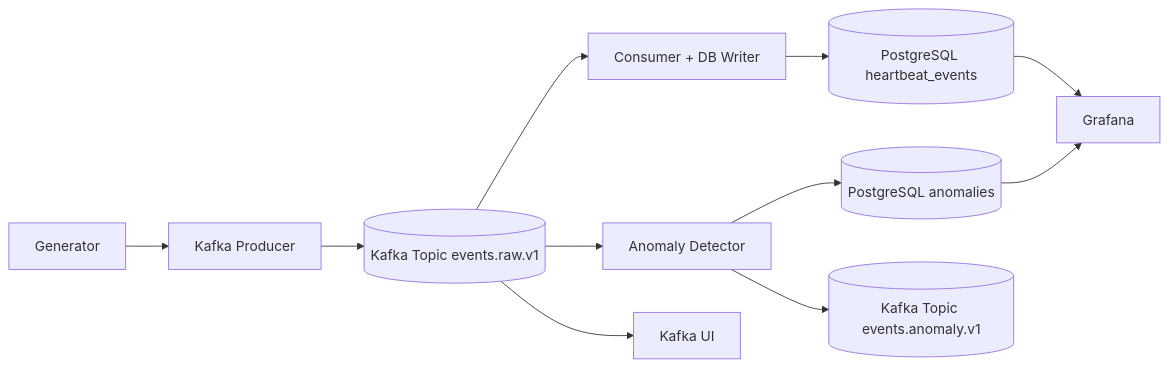
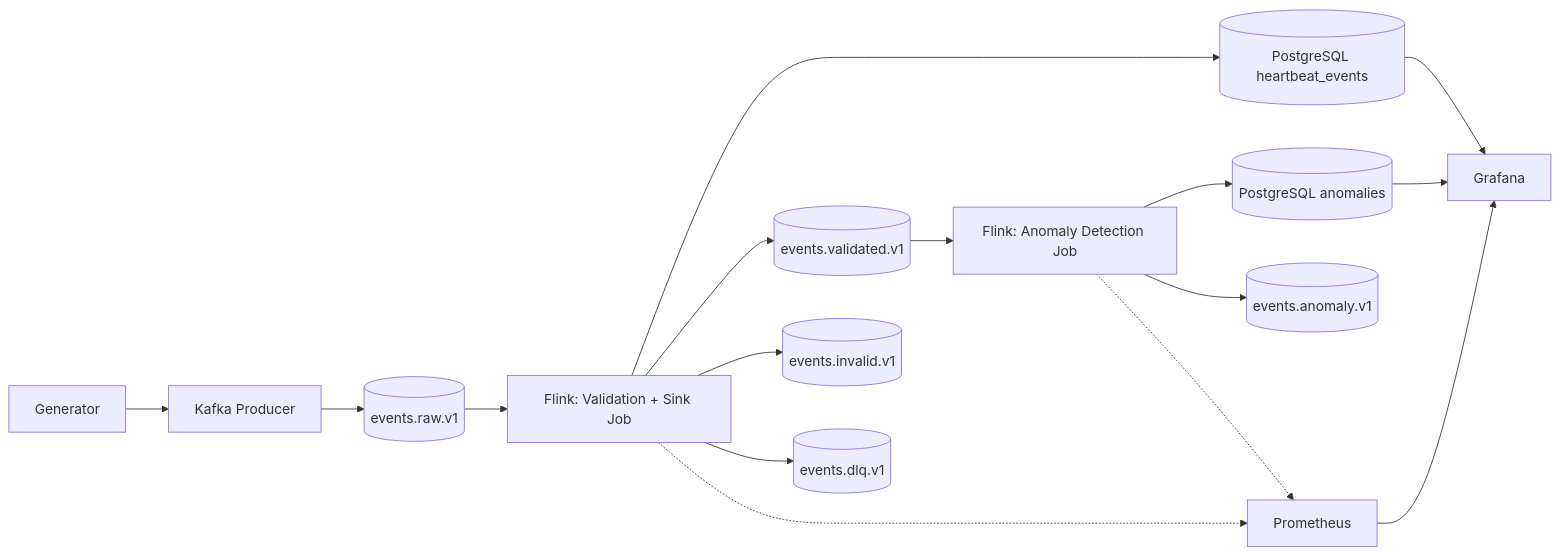
The diagram in README.md (DE-E-K/DEM10), drawn with Mermaid before and after one commit. The commit also changed other lines of this file and 6 other files, not shown here.

First line of the commit message:
docs+monitoring: update architecture, dashboard, and README for Flink

````diff
--- a/README.md
+++ b/README.md
@@ -9,13 +9,18 @@
 ```mermaid
 flowchart LR
   G[Generator] --> P[Kafka Producer]
-  P --> K[(Kafka Topic events.raw.v1)]
-  K --> C[Consumer + DB Writer]
-  K --> A[Anomaly Detector]
-  C --> D[(PostgreSQL heartbeat_events)]
-  A --> AD[(PostgreSQL anomalies)]
-  A --> KA[(Kafka Topic events.anomaly.v1)]
-  D --> GR[Grafana]
-  AD --> GR
-  K --> UI[Kafka UI]
+  P --> RAW[(events.raw.v1)]
+  RAW --> FV[Flink: Validation + Sink Job]
+  FV --> DB_HB[(PostgreSQL heartbeat_events)]
+  FV --> VAL[(events.validated.v1)]
+  FV --> INV[(events.invalid.v1)]
+  FV --> DLQ[(events.dlq.v1)]
+  VAL --> FA[Flink: Anomaly Detection Job]
+  FA --> DB_AN[(PostgreSQL anomalies)]
+  FA --> ANOM[(events.anomaly.v1)]
+  DB_HB --> GR[Grafana]
+  DB_AN --> GR
+  FV -.-> PROM[Prometheus]
+  FA -.-> PROM
+  PROM --> GR
 ```
````
